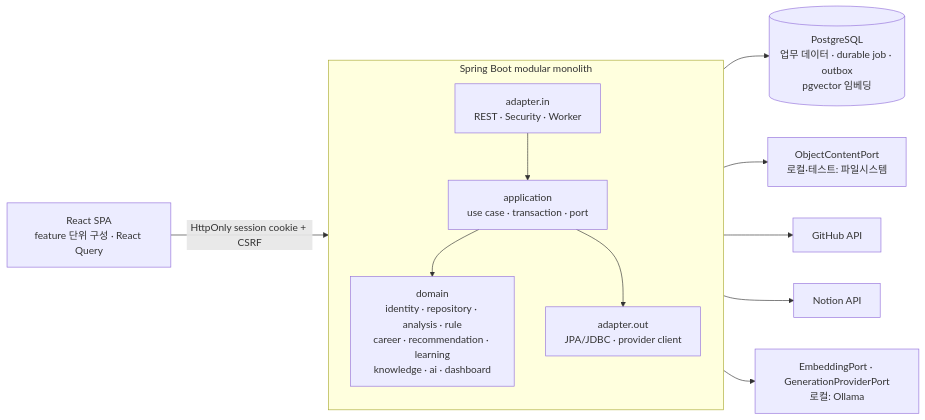
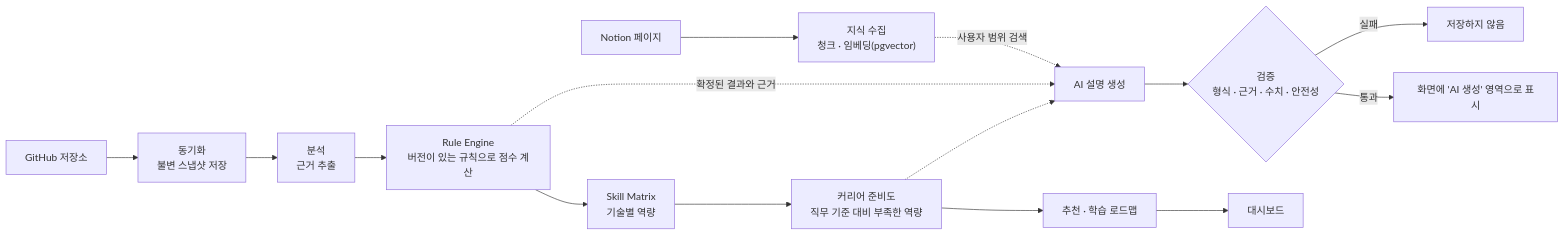
Before and after one commit to semicolon213/DevPath: the first of 2 diagrams in README.md, drawn with Mermaid. The commit also changed other lines of this file and 4 other files, not shown here.

````diff
--- a/README.md
+++ b/README.md
@@ -40,22 +47,18 @@
 ```mermaid
 flowchart LR
-    SPA["React SPA<br/>feature 단위 구성 · React Query"]
+    GH["GitHub 저장소"] --> SYNC["동기화<br/>불변 스냅샷 저장"]
+    NO["Notion 페이지"] --> KN["지식 수집<br/>청크 · 임베딩(pgvector)"]
+    SYNC --> AN["분석<br/>근거 추출"]
+    AN --> RE["Rule Engine<br/>버전이 있는 규칙으로 점수 계산"]
+    RE --> SM["Skill Matrix<br/>기술별 역량"]
+    SM --> CR["커리어 준비도<br/>직무 기준 대비 부족한 역량"]
+    CR --> REC["추천 · 학습 로드맵"]
+    REC --> DB["대시보드"]
 
-    subgraph BE["Spring Boot modular monolith"]
-        direction TB
-        IN["adapter.in<br/>REST · Security · Worker"]
-        APP["application<br/>use case · transaction · port"]
-        DOM["domain<br/>identity · repository · analysis · rule<br/>career · recommendation · learning<br/>knowledge · ai · dashboard"]
-        OUT["adapter.out<br/>JPA/JDBC · provider client"]
-        IN --> APP --> DOM
-        APP --> OUT
-    end
-
-    SPA -->|"HttpOnly session cookie + CSRF"| IN
-
-    OUT --> PG[("PostgreSQL<br/>업무 데이터 · durable job · outbox<br/>pgvector 임베딩")]
-    OUT --> OBJ["ObjectContentPort<br/>로컬·테스트: 파일시스템"]
-    OUT --> GH["GitHub API"]
-    OUT --> NO["Notion API"]
-    OUT --> AI["EmbeddingPort · GenerationProviderPort<br/>로컬: Ollama"]
+    RE -. 확정된 결과와 근거 .-> AI["AI 설명 생성"]
+    CR -.-> AI
+    KN -. 사용자 범위 검색 .-> AI
+    AI --> VAL{"검증<br/>형식 · 근거 · 수치 · 안전성"}
+    VAL -->|통과| SHOW["화면에 'AI 생성' 영역으로 표시"]
+    VAL -->|실패| DROP["저장하지 않음"]
 ```
````
